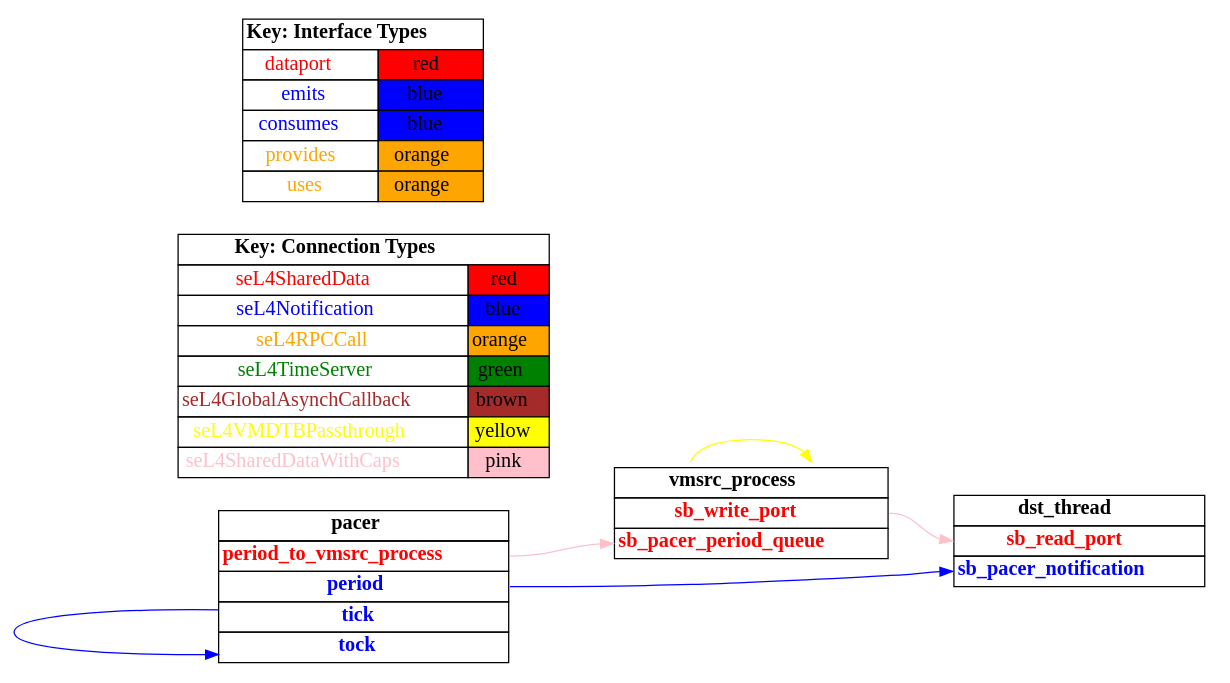
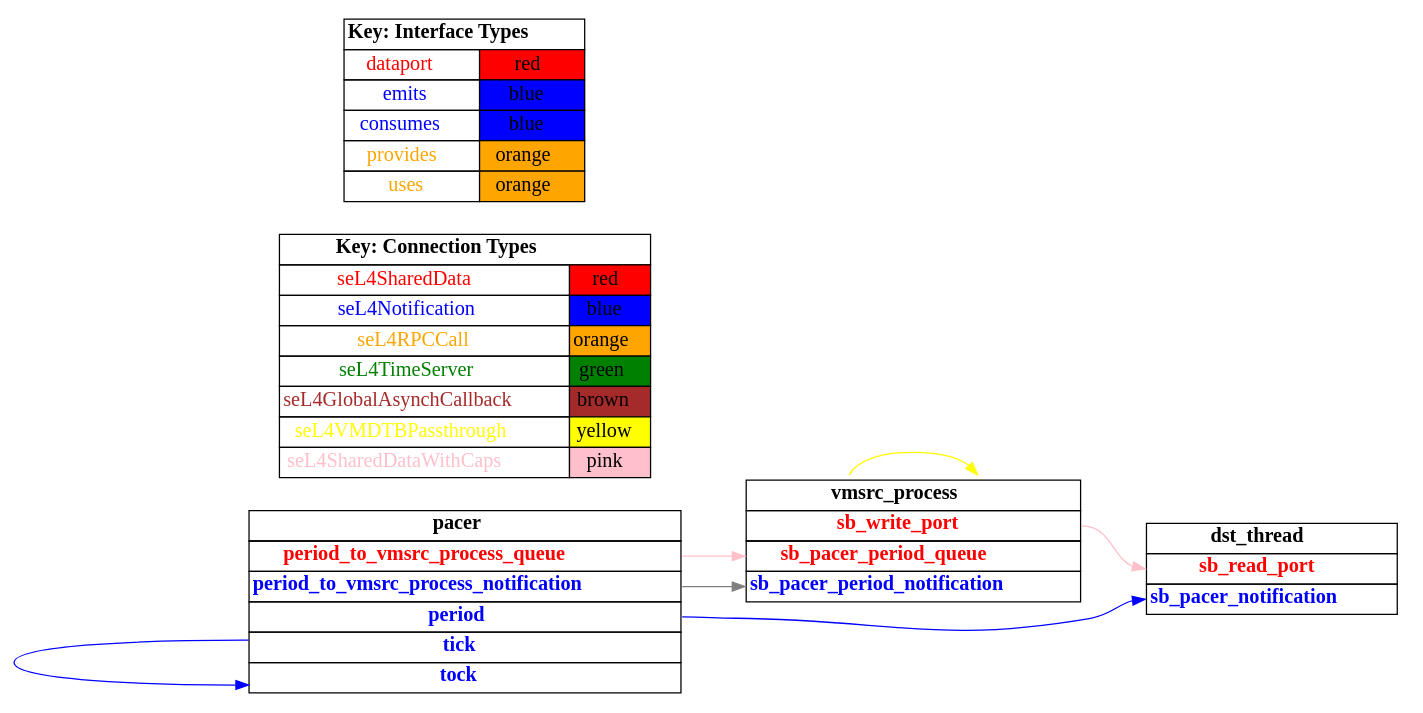
One commit to loonwerks/CASE changed the diagram in TA5/tool-evaluation-4/HAMR/examples/test_data_port_periodic_domains_VM/sender_vm/CAmkES_seL4/src/c/CAmkES_seL4/graph_simple.dot. Above: the diagram before and after it, drawn with Graphviz. The commit also changed 84 other files, not shown here.

```diff
--- a/TA5/tool-evaluation-4/HAMR/examples/test_data_port_periodic_domains_VM/sender_vm/CAmkES_seL4/src/c/CAmkES_seL4/graph_simple.dot
+++ b/TA5/tool-evaluation-4/HAMR/examples/test_data_port_periodic_domains_VM/sender_vm/CAmkES_seL4/src/c/CAmkES_seL4/graph_simple.dot
@@ -1,108 +1,116 @@
 digraph g {
 graph [
   overlap = false,
   rankdir = "LR"
 ];
 node [
   fontsize = "16",
   shape = "ellipse"
 ];
 edge [
 ];
 
 vmsrc_process [
   label=<
     <TABLE BORDER="0" CELLBORDER="1" CELLSPACING="0">
       <TR><TD><B>vmsrc_process</B></TD></TR>
       <TR><TD PORT="sb_write_port"><FONT COLOR="red"><B>sb_write_port</B></FONT></TD></TR>
-      <TR><TD PORT="sb_pacer_period_queue"><FONT COLOR="red"><B>sb_pacer_period_queue</B></FONT></TD></TR>"
+      <TR><TD PORT="sb_pacer_period_queue"><FONT COLOR="red"><B>sb_pacer_period_queue</B></FONT></TD></TR>
+      <TR><TD PORT="sb_pacer_period_notification"><FONT COLOR="blue"><B>sb_pacer_period_notification</B></FONT></TD></TR>"
     </TABLE>
   >
   shape=plaintext
 ];
 
 dst_thread [
   label=<
     <TABLE BORDER="0" CELLBORDER="1" CELLSPACING="0">
       <TR><TD><B>dst_thread</B></TD></TR>
       <TR><TD PORT="sb_read_port"><FONT COLOR="red"><B>sb_read_port</B></FONT></TD></TR>
       <TR><TD PORT="sb_pacer_notification"><FONT COLOR="blue"><B>sb_pacer_notification</B></FONT></TD></TR>"
     </TABLE>
   >
   shape=plaintext
 ];
 
 pacer [
   label=<
     <TABLE BORDER="0" CELLBORDER="1" CELLSPACING="0">
       <TR><TD><B>pacer</B></TD></TR>
-      <TR><TD PORT="period_to_vmsrc_process"><FONT COLOR="red"><B>period_to_vmsrc_process</B></FONT></TD></TR>
+      <TR><TD PORT="period_to_vmsrc_process_queue"><FONT COLOR="red"><B>period_to_vmsrc_process_queue</B></FONT></TD></TR>
+      <TR><TD PORT="period_to_vmsrc_process_notification"><FONT COLOR="blue"><B>period_to_vmsrc_process_notification</B></FONT></TD></TR>
       <TR><TD PORT="period"><FONT COLOR="blue"><B>period</B></FONT></TD></TR>
       <TR><TD PORT="tick"><FONT COLOR="blue"><B>tick</B></FONT></TD></TR>
       <TR><TD PORT="tock"><FONT COLOR="blue"><B>tock</B></FONT></TD></TR>"
     </TABLE>
   >
   shape=plaintext
 ];
 
 connectiontypekey [
   label=<
    <TABLE BORDER="0" CELLBORDER="1" CELLSPACING="0">
      <TR><TD COLSPAN="2"><B>Key: Connection Types</B></TD></TR>
      <TR><TD><FONT COLOR="red">seL4SharedData</FONT></TD><TD BGCOLOR="red">red</TD></TR>
      <TR><TD><FONT COLOR="blue">seL4Notification</FONT></TD><TD BGCOLOR="blue">blue</TD></TR>
      <TR><TD><FONT COLOR="orange">seL4RPCCall</FONT></TD><TD BGCOLOR="orange">orange</TD></TR>
      <TR><TD><FONT COLOR="green">seL4TimeServer</FONT></TD><TD BGCOLOR="green">green</TD></TR>
      <TR><TD><FONT COLOR="brown">seL4GlobalAsynchCallback</FONT></TD><TD BGCOLOR="brown">brown</TD></TR>
      <TR><TD><FONT COLOR="yellow">seL4VMDTBPassthrough</FONT></TD><TD BGCOLOR="yellow">yellow</TD></TR>
      <TR><TD><FONT COLOR="pink">seL4SharedDataWithCaps</FONT></TD><TD BGCOLOR="pink">pink</TD></TR>
    </TABLE>
   >
   shape=plaintext
 ];
 
 interfacetypekey [
   label=<
    <TABLE BORDER="0" CELLBORDER="1" CELLSPACING="0">
      <TR><TD COLSPAN="2"><B>Key: Interface Types</B></TD></TR>
      <TR><TD><FONT COLOR="red">dataport</FONT></TD><TD BGCOLOR="red">red</TD></TR>
      <TR><TD><FONT COLOR="blue">emits</FONT></TD><TD BGCOLOR="blue">blue</TD></TR>
      <TR><TD><FONT COLOR="blue">consumes</FONT></TD><TD BGCOLOR="blue">blue</TD></TR>
      <TR><TD><FONT COLOR="orange">provides</FONT></TD><TD BGCOLOR="orange">orange</TD></TR>
      <TR><TD><FONT COLOR="orange">uses</FONT></TD><TD BGCOLOR="orange">orange</TD></TR>
    </TABLE>
   >
   shape=plaintext
 ];
 
 "vmsrc_process":dtb_self -> "vmsrc_process":dtb [
   color="yellow"
   //label = "seL4VMDTBPassthrough"
   id = conn1
 ];
 
 "vmsrc_process":sb_write_port -> "dst_thread":sb_read_port [
   color="pink"
   //label = "seL4SharedDataWithCaps"
   id = conn2
 ];
 
 "pacer":tick -> "pacer":tock [
   color="blue"
   //label = "seL4Notification"
   id = conn3
 ];
 
-"pacer":period_to_vmsrc_process -> "vmsrc_process":sb_pacer_period_queue [
+"pacer":period_to_vmsrc_process_notification -> "vmsrc_process":sb_pacer_period_notification [
+  color="grey"
+  //label = "seL4GlobalAsynch"
+  id = conn4
+];
+
+"pacer":period_to_vmsrc_process_queue -> "vmsrc_process":sb_pacer_period_queue [
   color="pink"
   //label = "seL4SharedDataWithCaps"
-  id = conn4
+  id = conn5
 ];
 
 "pacer":period -> "dst_thread":sb_pacer_notification [
   color="blue"
   //label = "seL4Notification"
-  id = conn5
+  id = conn6
 ];
 
 }
```
